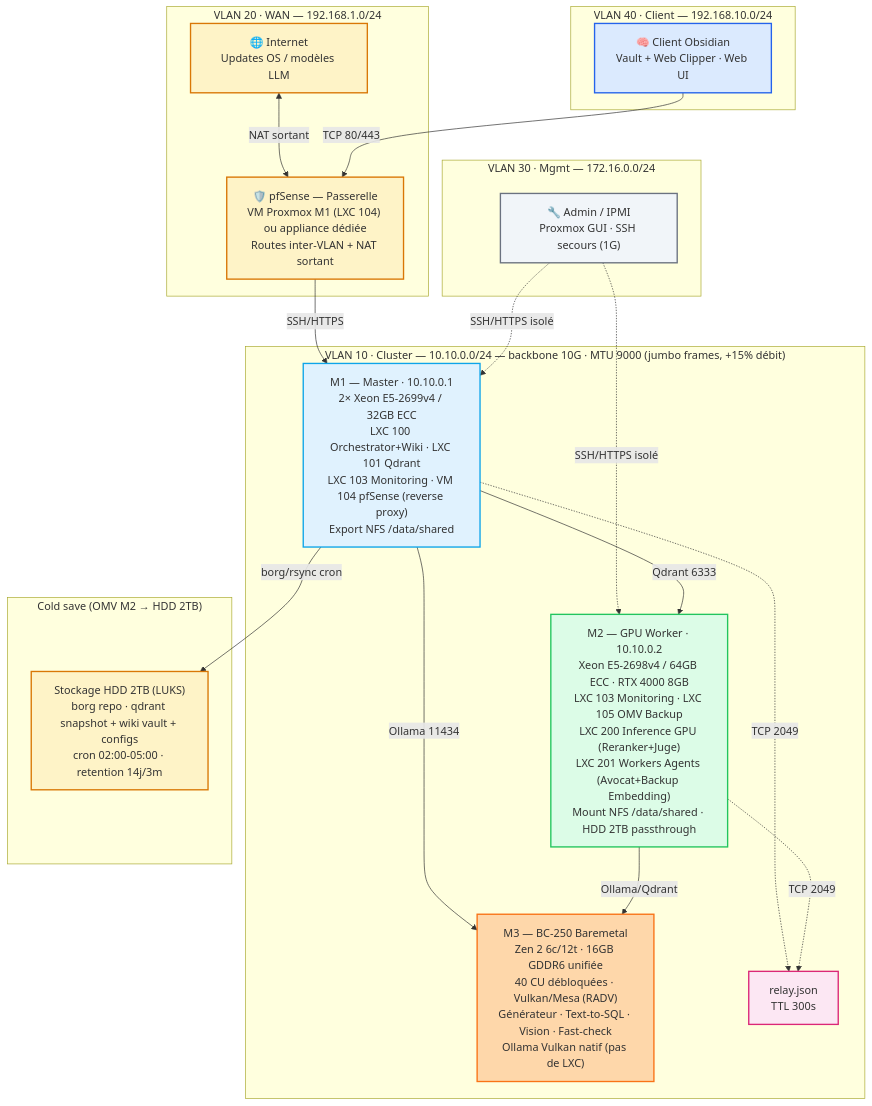
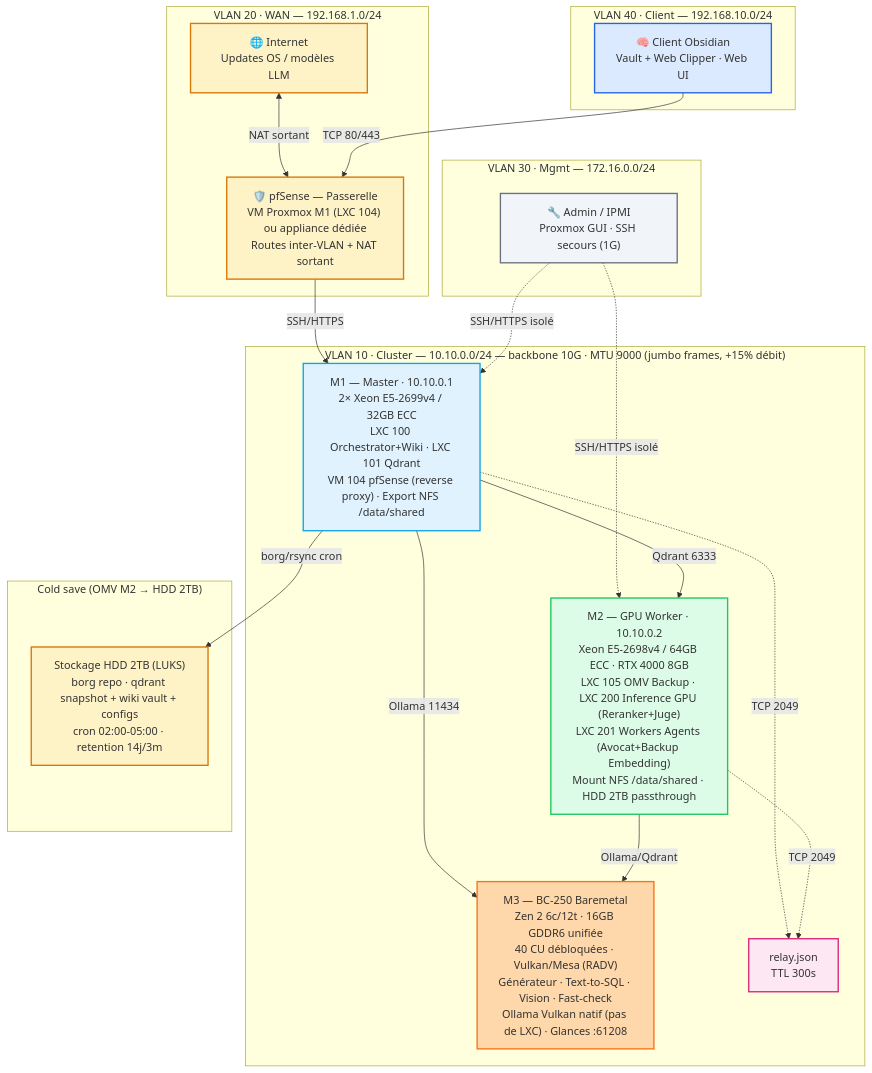
The fifth of 6 diagrams in README.md (chelmooz/rag-multi-agent-cluster), drawn with Mermaid before and after one commit. The commit also changed other lines of this file and 23 other files, not shown here.

Commit message:
chore: Sprint 1 hygiène/CI terminé + ROADMAP 4 phases (A-D) + décisions D10-D12 (mock-first, éval optionnelle)

````diff
--- a/README.md
+++ b/README.md
@@ -267,47 +283,47 @@
 ```mermaid
 flowchart TB
     classDef wan fill:#fef3c7,stroke:#d97706,stroke-width:2px
     classDef client fill:#dbeafe,stroke:#2563eb,stroke-width:2px
     classDef mgmt fill:#f1f5f9,stroke:#6b7280,stroke-width:2px
     classDef m1 fill:#e0f2fe,stroke:#0ea5e9,stroke-width:2px
     classDef m2 fill:#dcfce7,stroke:#22c55e,stroke-width:2px
     classDef m3 fill:#fed7aa,stroke:#f97316,stroke-width:2px
     classDef relay fill:#fce7f3,stroke:#db2777,stroke-width:2px
     classDef cold fill:#fef3c7,stroke:#d97706,stroke-width:2px
 
     subgraph VLAN20["VLAN 20 · WAN — 192.168.1.0/24"]
         Internet["🌐 Internet<br/>Updates OS / modèles LLM"]:::wan
         pfSense["🛡️ pfSense — Passerelle<br/>VM Proxmox M1 (LXC 104) ou appliance dédiée<br/>Routes inter-VLAN + NAT sortant"]:::wan
     end
 
     subgraph VLAN40["VLAN 40 · Client — 192.168.10.0/24"]
         Obsidian["🧠 Client Obsidian<br/>Vault + Web Clipper · Web UI"]:::client
     end
 
     subgraph VLAN30["VLAN 30 · Mgmt — 172.16.0.0/24"]
         Admin["🔧 Admin / IPMI<br/>Proxmox GUI · SSH secours (1G)"]:::mgmt
     end
 
 subgraph VLAN10["VLAN 10 · Cluster — 10.10.0.0/24 — backbone 10G · MTU 9000 (jumbo frames, +15% débit)"]
-        M1["M1 — Master · 10.10.0.1<br/>2× Xeon E5-2699v4 / 32GB ECC<br/>LXC 100 Orchestrator+Wiki · LXC 101 Qdrant<br/>LXC 103 Monitoring · VM 104 pfSense (reverse proxy)<br/>Export NFS /data/shared"]:::m1
-        M2["M2 — GPU Worker · 10.10.0.2<br/>Xeon E5-2698v4 / 64GB ECC · RTX 4000 8GB<br/>LXC 103 Monitoring · LXC 105 OMV Backup<br/>LXC 200 Inference GPU (Reranker+Juge)<br/>LXC 201 Workers Agents (Avocat+Backup Embedding)<br/>Mount NFS /data/shared · HDD 2TB passthrough"]:::m2
-        M3["M3 — BC-250 Baremetal<br/>Zen 2 6c/12t · 16GB GDDR6 unifiée<br/>40 CU débloquées · Vulkan/Mesa (RADV)<br/>Générateur · Text-to-SQL · Vision · Fast-check<br/>Ollama Vulkan natif (pas de LXC)"]:::m3
+        M1["M1 — Master · 10.10.0.1<br/>2× Xeon E5-2699v4 / 32GB ECC<br/>LXC 100 Orchestrator+Wiki · LXC 101 Qdrant<br/>VM 104 pfSense (reverse proxy) · Export NFS /data/shared"]:::m1
+        M2["M2 — GPU Worker · 10.10.0.2<br/>Xeon E5-2698v4 / 64GB ECC · RTX 4000 8GB<br/>LXC 105 OMV Backup · LXC 200 Inference GPU (Reranker+Juge)<br/>LXC 201 Workers Agents (Avocat+Backup Embedding)<br/>Mount NFS /data/shared · HDD 2TB passthrough"]:::m2
+        M3["M3 — BC-250 Baremetal<br/>Zen 2 6c/12t · 16GB GDDR6 unifiée<br/>40 CU débloquées · Vulkan/Mesa (RADV)<br/>Générateur · Text-to-SQL · Vision · Fast-check<br/>Ollama Vulkan natif (pas de LXC) · Glances :61208"]:::m3
         Relay["relay.json<br/>TTL 300s"]:::relay
     end
 
     subgraph COLDBOX["Cold save (OMV M2 → HDD 2TB)"]
         HDD["Stockage HDD 2TB (LUKS)<br/>borg repo · qdrant snapshot + wiki vault + configs<br/>cron 02:00-05:00 · retention 14j/3m"]:::cold
     end
 
     Internet <--> |NAT sortant| pfSense
     Obsidian -->|TCP 80/443| pfSense
     pfSense -->|SSH/HTTPS| M1
     Admin -.->|SSH/HTTPS isolé| M1
     Admin -.->|SSH/HTTPS isolé| M2
     M1 -->|Qdrant 6333| M2
     M1 -->|Ollama 11434| M3
     M2 -->|Ollama/Qdrant| M3
     M1 -.->|TCP 2049| Relay
     M2 -.->|TCP 2049| Relay
     M1 -->|borg/rsync cron| HDD
 ```
````
